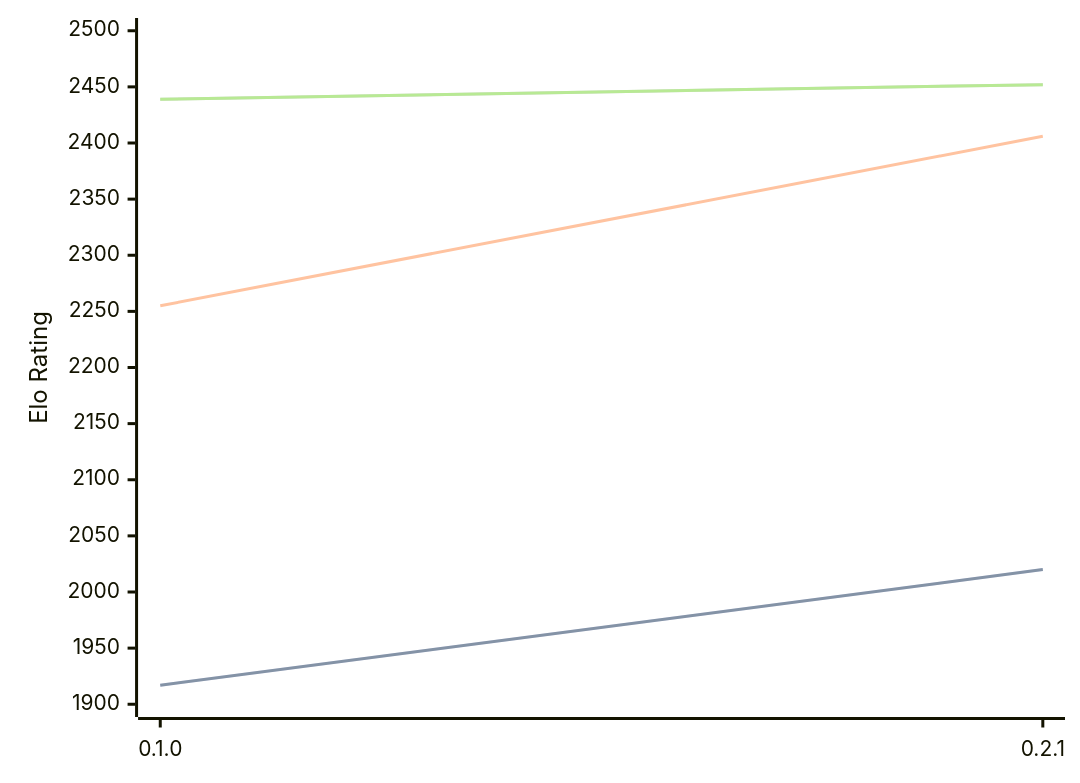
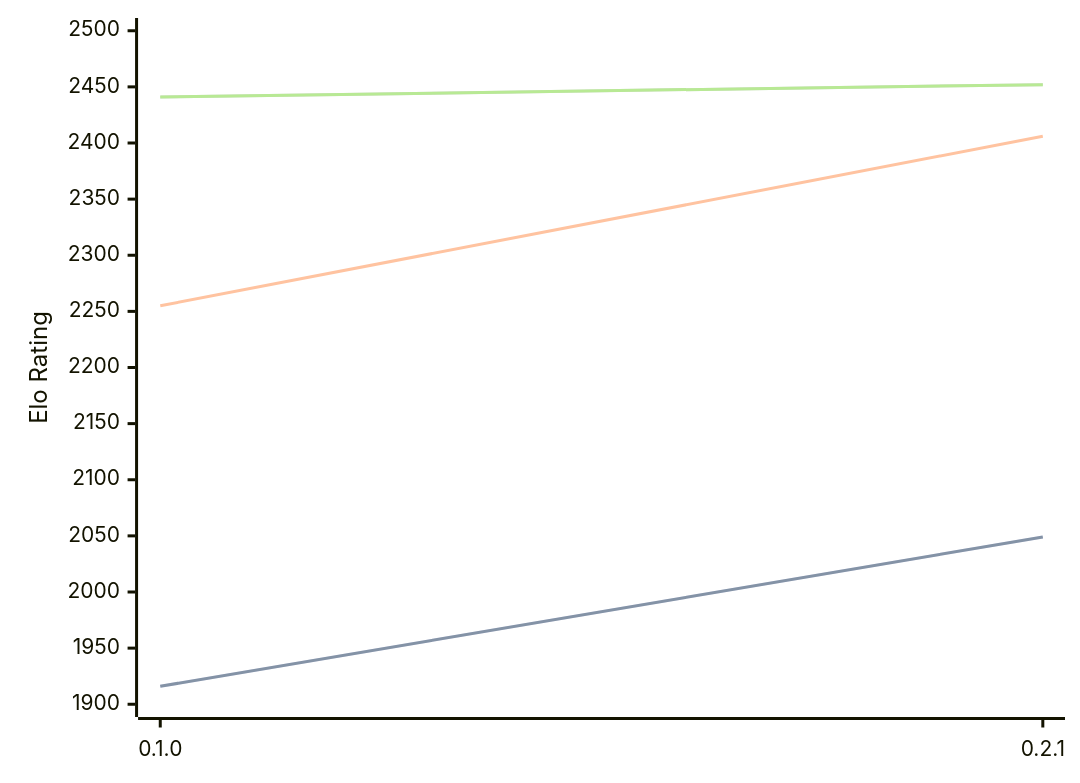
Before and after one commit to computer-chess-index/cci: the diagram in engines/Sykora.md, drawn with Mermaid. The commit also changed other lines of this file, not shown here.

Commit message:
Update CCI Ratings (ELO VLTC) - 2026-04-03

````diff
--- a/engines/Sykora.md
+++ b/engines/Sykora.md
@@ -33,11 +33,11 @@
 ```mermaid
 %%{init: {"theme":"base","themeVariables":{"seriesColors:['#a3a3a3','#222221','#faa371']}}}%%
 xychart-beta
   x-axis ["0.1.0", "0.2.1"]
   y-axis "Elo Rating" 1900 --> 2500
-  line "STC (8.0+0.08s)" [1917, 2020]
-  line "STC (8.0+0.08s)" [1917, 2020]
+  line "STC (8.0+0.08s)" [1916, 2049]
+  line "STC (8.0+0.08s)" [1916, 2049]
   line "LTC (60.0+0.60s)" [2255, 2406]
-  line "VLTC (2m24s+1.12s)" [2439, 2452]
-  line "VLTC (2m24s+1.12s)" [2439, 2452]
+  line "VLTC (2m24s+1.12s)" [2441, 2452]
+  line "VLTC (2m24s+1.12s)" [2441, 2452]
 ```
````
